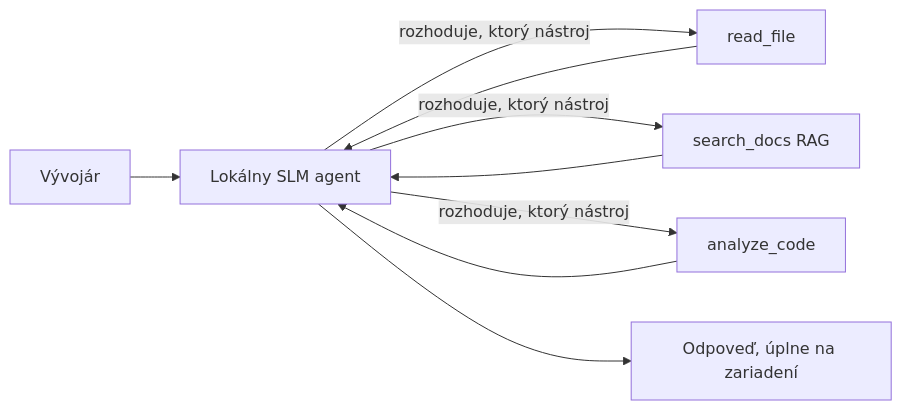
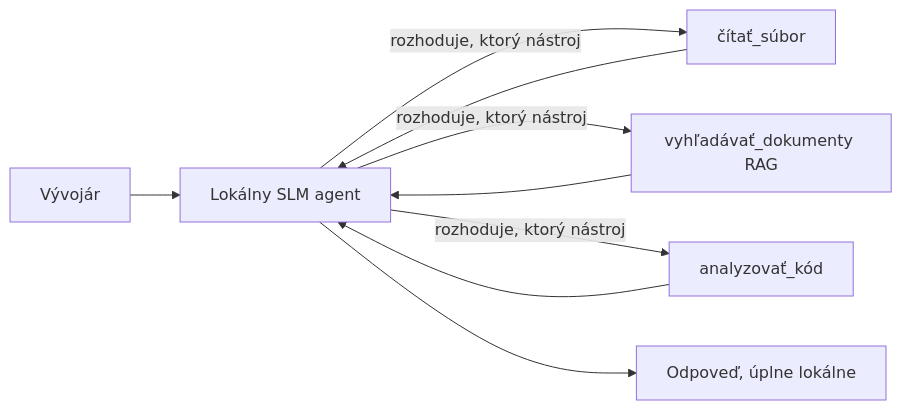
One commit to microsoft/ai-agents-for-beginners changed the first of 4 diagrams in translations/sk/17-creating-local-ai-agents/README.md. Above: the diagram before and after it, drawn with Mermaid. The commit also changed other lines of this file and 46 other files, not shown here.

````diff
--- a/translations/sk/17-creating-local-ai-agents/README.md
+++ b/translations/sk/17-creating-local-ai-agents/README.md
@@ -66,11 +66,11 @@
 ```mermaid
 flowchart LR
     U[Vývojár] --> A[Lokálny SLM agent]
-    A -->|rozhoduje, ktorý nástroj| T1[read_file]
-    A -->|rozhoduje, ktorý nástroj| T2[search_docs RAG]
-    A -->|rozhoduje, ktorý nástroj| T3[analyze_code]
+    A -->|rozhoduje, ktorý nástroj| T1[čítať_súbor]
+    A -->|rozhoduje, ktorý nástroj| T2[vyhľadávať_dokumenty RAG]
+    A -->|rozhoduje, ktorý nástroj| T3[analyzovať_kód]
     T1 --> A
     T2 --> A
     T3 --> A
-    A --> R[Odpoveď, úplne na zariadení]
+    A --> R[Odpoveď, úplne lokálne]
 ```
````
